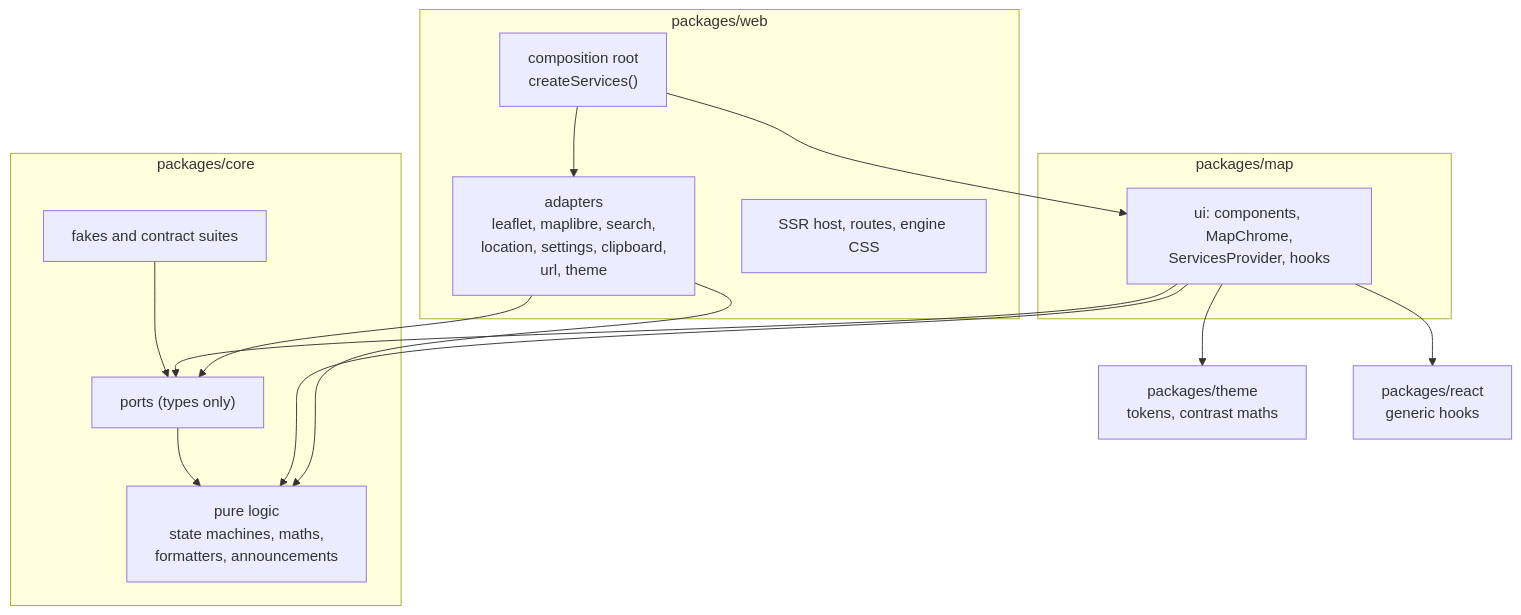
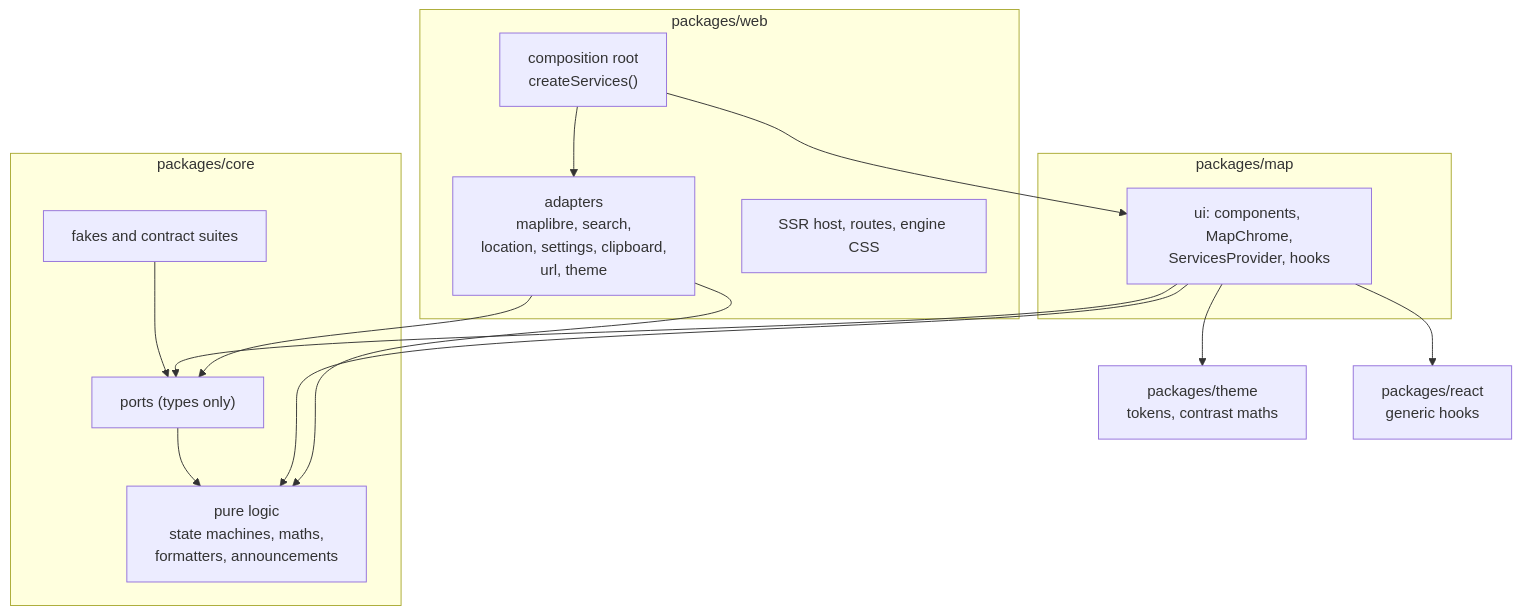
One commit to MapCairn/mapcairn changed the diagram in ARCHITECTURE.md. Above: the diagram before and after it, drawn with Mermaid. The commit also changed other lines of this file and 18 other files, not shown here.

First line of the commit message:
docs: rewrite the guides for the new design system and architecture

````diff
--- a/ARCHITECTURE.md
+++ b/ARCHITECTURE.md
@@ -5,28 +5,28 @@
 ```mermaid
 flowchart TD
   subgraph web["packages/web"]
     root["composition root<br/>createServices()"]
-    adapters["adapters<br/>leaflet, maplibre, search,<br/>location, settings, clipboard,<br/>url, theme"]
+    adapters["adapters<br/>maplibre, search,<br/>location, settings, clipboard,<br/>url, theme"]
     host["SSR host, routes, engine CSS"]
   end
   subgraph map["packages/map"]
     ui["ui: components, MapChrome,<br/>ServicesProvider, hooks"]
   end
   subgraph core["packages/core"]
     ports["ports (types only)"]
     logic["pure logic<br/>state machines, maths,<br/>formatters, announcements"]
     fakes["fakes and contract suites"]
   end
   theme["packages/theme<br/>tokens, contrast maths"]
   react["packages/react<br/>generic hooks"]
   root --> adapters
   root --> ui
   adapters --> ports
   adapters --> logic
   ui --> ports
   ui --> logic
   ui --> theme
   ui --> react
   ports --> logic
   fakes --> ports
 ```
````
